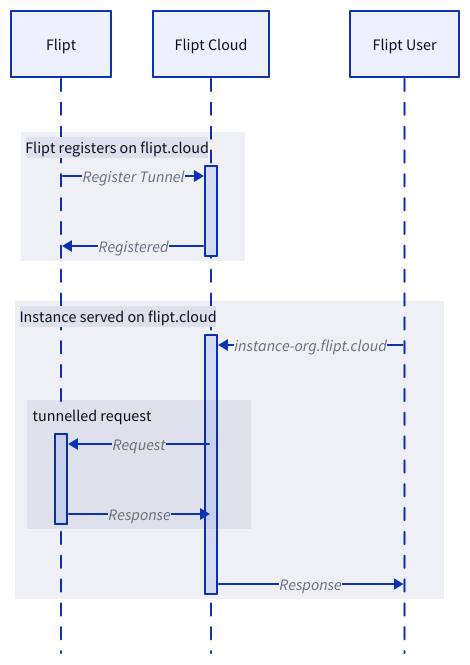
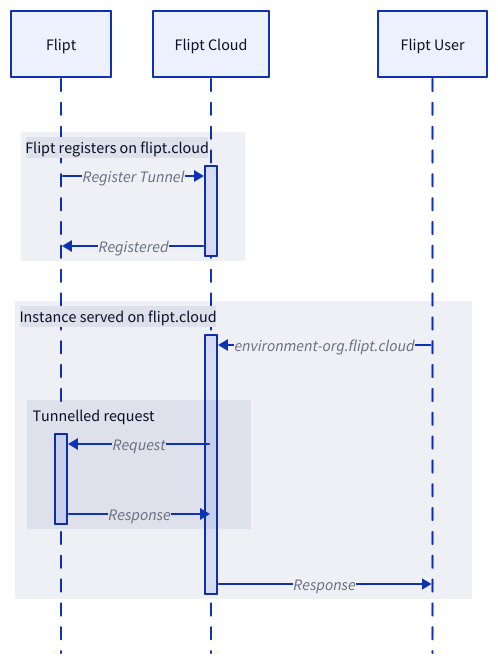
Before and after one commit to flipt-io/docs: the diagram in images/cloud/architecture/handshake.d2, drawn with D2. The commit also changed 8 other files, not shown here.

Commit message:
chore: update cloud technical architecture docs/images

```diff
--- a/images/cloud/architecture/handshake.d2
+++ b/images/cloud/architecture/handshake.d2
@@ -1,22 +1,22 @@
 shape: sequence_diagram
 
 style.fill: transparent
 
 client_one: Flipt
 tunnel: Flipt Cloud
 
 register: Flipt registers on flipt.cloud {
   client_one -> tunnel.handshake: Register Tunnel
   tunnel.handshake -> client_one: Registered
 }
 
 user: Flipt User
 
-instance: Instance served on flipt.cloud {
-  user -> tunnel.req: instance-org.flipt.cloud
-  tunnelled request: {
+environment: Instance served on flipt.cloud {
+  user -> tunnel.req: environment-org.flipt.cloud
+  Tunnelled request: {
     tunnel -> client_one.req: Request
     client_one.req -> tunnel: Response
   }
   tunnel.req -> user: Response
 }
```
